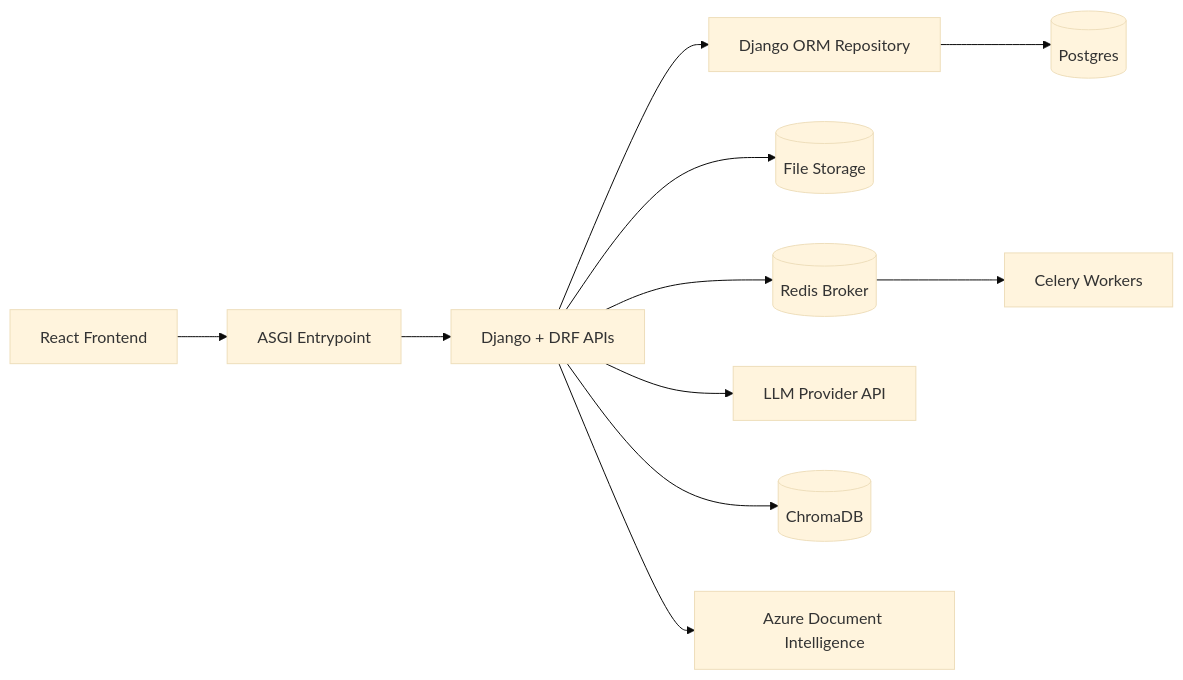
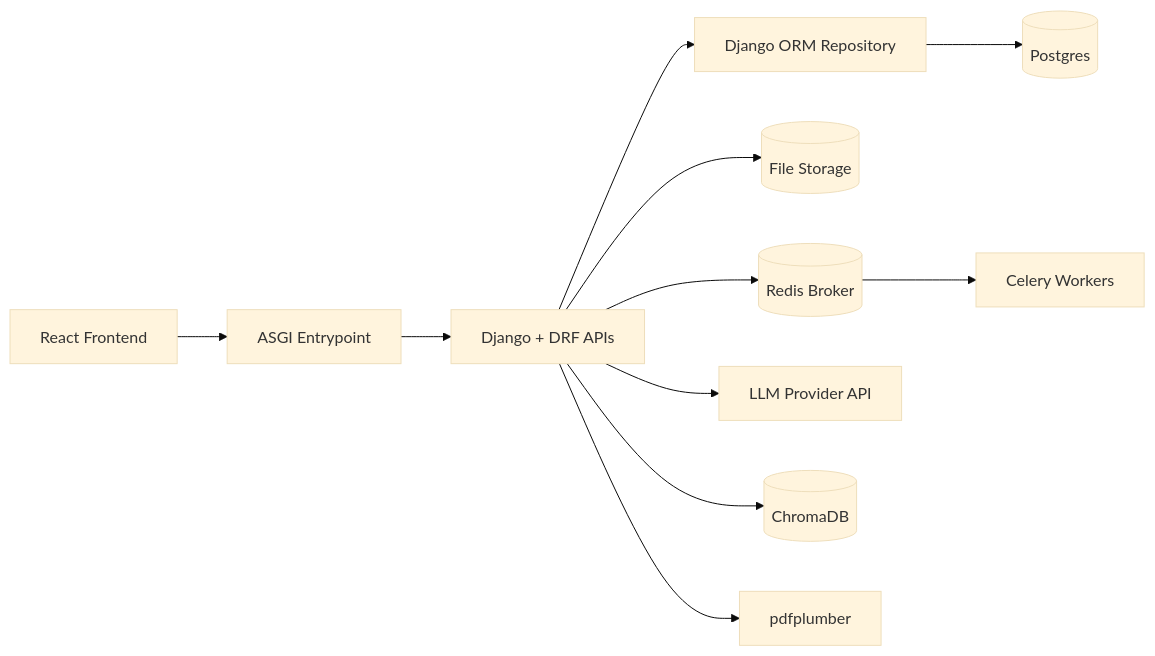
The first of 2 diagrams in README.md (Matthew-Booth-Py/data-labeller), drawn with Mermaid (base theme) before and after one commit. The commit also changed other lines of this file and 25 other files, not shown here.

````diff
--- a/README.md
+++ b/README.md
@@ -38,13 +38,13 @@
 ```mermaid
 flowchart LR
     UI[React Frontend] --> ASGI[ASGI Entrypoint]
     ASGI --> DJ[Django + DRF APIs]
     DJ --> REPO[Django ORM Repository]
     REPO --> PG[(Postgres)]
     DJ --> FILES[(File Storage)]
     DJ --> REDIS[(Redis Broker)]
     REDIS --> CELERY[Celery Workers]
     DJ --> LLM[LLM Provider API]
     DJ --> CHROMA[(ChromaDB)]
-    DJ --> AZDI[Azure Document Intelligence]
+    DJ --> PDFTXT[pdfplumber]
 ```
````
